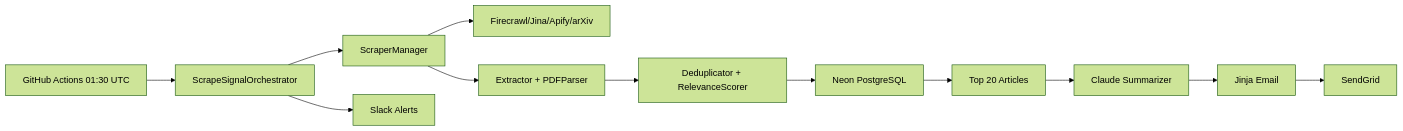
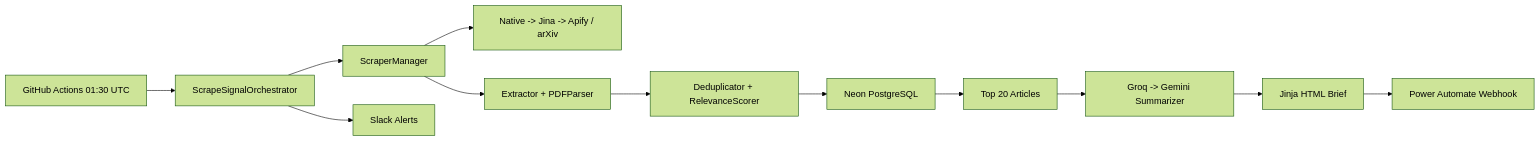
The diagram in ARCHITECTURE.md (Sunil123135/insight-sender-bot), drawn with Mermaid (forest theme) before and after one commit. The commit also changed 24 other files, not shown here.

First line of the commit message:
Replace Anthropic and SendGrid with Groq/Gemini and Power Automate delivery.

````diff
--- a/ARCHITECTURE.md
+++ b/ARCHITECTURE.md
@@ -5,14 +5,14 @@
 ```mermaid
 flowchart LR
   A["GitHub Actions 01:30 UTC"] --> B["ScrapeSignalOrchestrator"]
   B --> C["ScraperManager"]
-  C --> D["Firecrawl/Jina/Apify/arXiv"]
+  C --> D["Native -> Jina -> Apify / arXiv"]
   C --> E["Extractor + PDFParser"]
   E --> F["Deduplicator + RelevanceScorer"]
   F --> G["Neon PostgreSQL"]
   G --> H["Top 20 Articles"]
-  H --> I["Claude Summarizer"]
-  I --> J["Jinja Email"]
-  J --> K["SendGrid"]
+  H --> I["Groq -> Gemini Summarizer"]
+  I --> J["Jinja HTML Brief"]
+  J --> K["Power Automate Webhook"]
   B --> L["Slack Alerts"]
 ```
````
